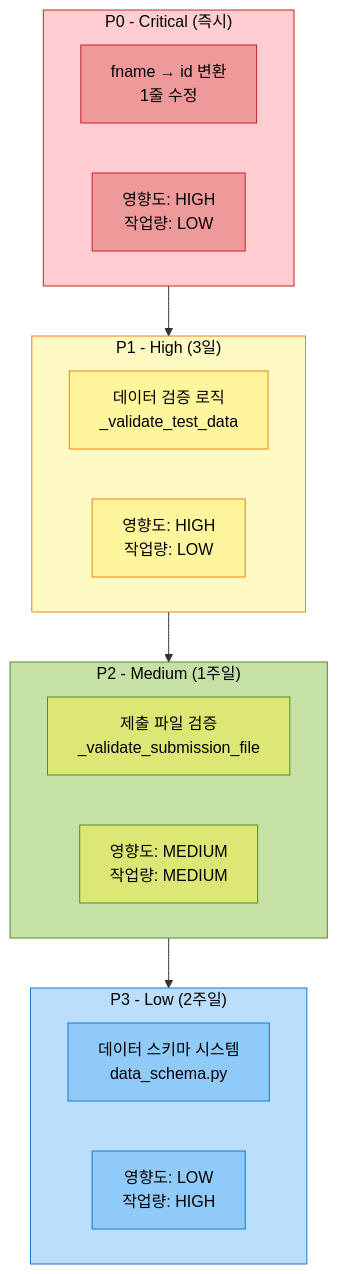
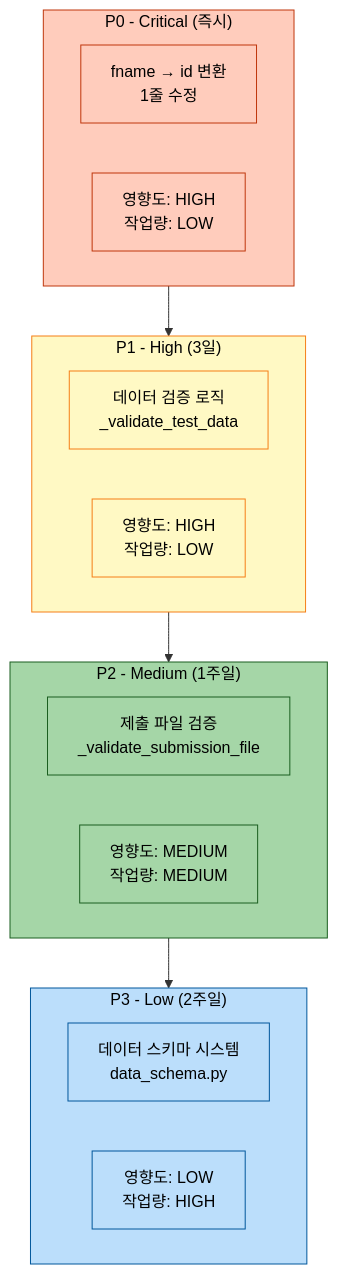
One commit to AIBootcamp14/naturallanguageprocessingcompetition-nlp-1 changed diagram 14 of 15 in docs/experiments/20251013_111525_strategy1_kobart_optimized_실험분석.md. Above: the diagram before and after it, drawn with Mermaid. The commit also changed other lines of this file and 1 other file, not shown here.

Commit message:
docs: 실험 분석 문서 mermaid 시각화 및 스타일 가이드 추가   - 기존 실험 분석 문서의 모든 mermaid 다이어그램 색상 표준화   - ROUGE 점수 비교, 훈련 시간 분석 등 7개 수치 시각화 추가   - 실험 문서 작성을 위한 종합 스타일 가이드 문서 생성   - experiments_style.md를 gitignore 예외 규칙에 추가

````diff
--- a/docs/experiments/20251013_111525_strategy1_kobart_optimized_실험분석.md
+++ b/docs/experiments/20251013_111525_strategy1_kobart_optimized_실험분석.md
@@ -942,38 +1138,38 @@
 ```mermaid
 graph TB
     subgraph P0["P0 - Critical (즉시)"]
         A1[fname → id 변환<br/>1줄 수정]
         A2[영향도: HIGH<br/>작업량: LOW]
     end
 
     subgraph P1["P1 - High (3일)"]
         B1[데이터 검증 로직<br/>_validate_test_data]
         B2[영향도: HIGH<br/>작업량: LOW]
     end
 
     subgraph P2["P2 - Medium (1주일)"]
         C1[제출 파일 검증<br/>_validate_submission_file]
         C2[영향도: MEDIUM<br/>작업량: MEDIUM]
     end
 
     subgraph P3["P3 - Low (2주일)"]
         D1[데이터 스키마 시스템<br/>data_schema.py]
         D2[영향도: LOW<br/>작업량: HIGH]
     end
 
     P0 --> P1 --> P2 --> P3
 
-    style P0 fill:#ffcdd2,stroke:#c62828,color:#000
+    style P0 fill:#ffccbc,stroke:#bf360c,color:#000
     style P1 fill:#fff9c4,stroke:#f57f17,color:#000
-    style P2 fill:#c5e1a5,stroke:#558b2f,color:#000
-    style P3 fill:#bbdefb,stroke:#1976d2,color:#000
+    style P2 fill:#a5d6a7,stroke:#1b5e20,color:#000
+    style P3 fill:#bbdefb,stroke:#01579b,color:#000
 
-    style A1 fill:#ef9a9a,stroke:#c62828,color:#000
-    style A2 fill:#ef9a9a,stroke:#c62828,color:#000
-    style B1 fill:#fff59d,stroke:#f57f17,color:#000
-    style B2 fill:#fff59d,stroke:#f57f17,color:#000
-    style C1 fill:#dce775,stroke:#558b2f,color:#000
-    style C2 fill:#dce775,stroke:#558b2f,color:#000
-    style D1 fill:#90caf9,stroke:#1976d2,color:#000
-    style D2 fill:#90caf9,stroke:#1976d2,color:#000
+    style A1 fill:#ffccbc,stroke:#bf360c,color:#000
+    style A2 fill:#ffccbc,stroke:#bf360c,color:#000
+    style B1 fill:#fff9c4,stroke:#f57f17,color:#000
+    style B2 fill:#fff9c4,stroke:#f57f17,color:#000
+    style C1 fill:#a5d6a7,stroke:#1b5e20,color:#000
+    style C2 fill:#a5d6a7,stroke:#1b5e20,color:#000
+    style D1 fill:#bbdefb,stroke:#01579b,color:#000
+    style D2 fill:#bbdefb,stroke:#01579b,color:#000
 ```
````
